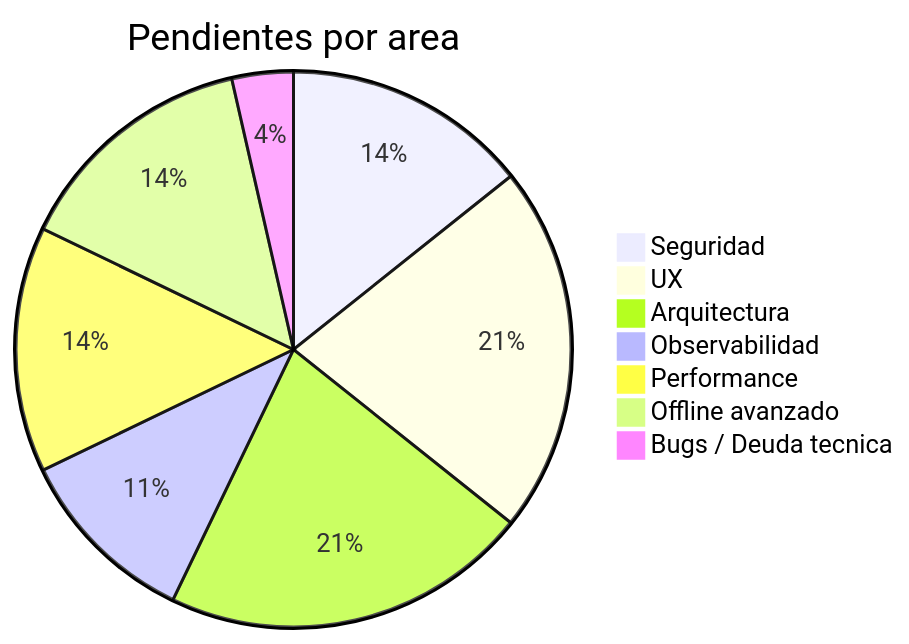
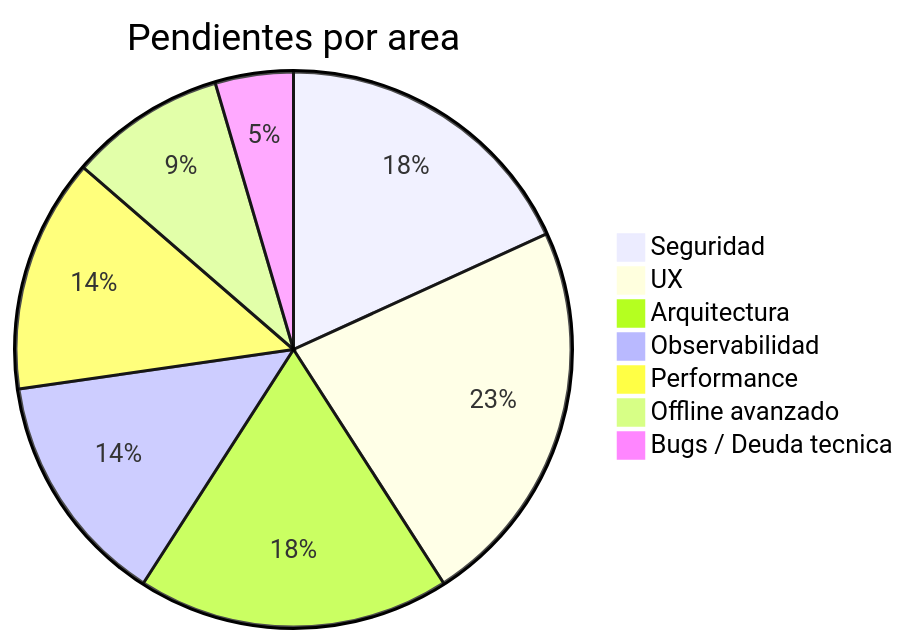
Before and after one commit to EduGoGroup/EduUi-KMP: the second of 9 diagrams in docs/flujos-arquitectura/09-mejoras-propuestas.md, drawn with Mermaid. The commit also changed other lines of this file and 9 other files, not shown here.

First line of the commit message:
docs: update architecture docs with ZoneErrorBoundary (A6 completed)

````diff
--- a/docs/flujos-arquitectura/09-mejoras-propuestas.md
+++ b/docs/flujos-arquitectura/09-mejoras-propuestas.md
@@ -17,10 +17,10 @@
 ```mermaid
 pie title Pendientes por area
     "Seguridad" : 4
-    "UX" : 6
-    "Arquitectura" : 6
+    "UX" : 5
+    "Arquitectura" : 4
     "Observabilidad" : 3
-    "Performance" : 4
-    "Offline avanzado" : 4
+    "Performance" : 3
+    "Offline avanzado" : 2
     "Bugs / Deuda tecnica" : 1
 ```
````
